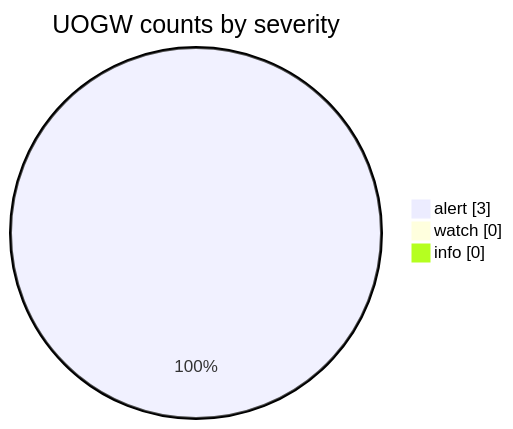
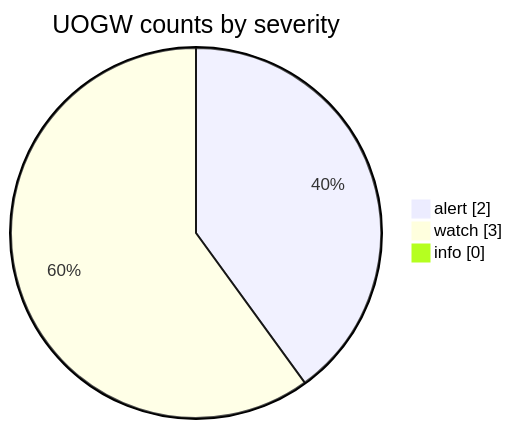
One commit to Midwest-Stratospheric/aerostratospheric-defense-gir changed the fourth of 6 diagrams in docs/GRAPHS.md. Above: the diagram before and after it, drawn with Mermaid. The commit also changed other lines of this file and 24 other files, not shown here.

````diff
--- a/docs/GRAPHS.md
+++ b/docs/GRAPHS.md
@@ -66,7 +66,7 @@
 ```mermaid
 pie showData
   title UOGW counts by severity
-  "alert" : 3
-  "watch" : 0
+  "alert" : 2
+  "watch" : 3
   "info" : 0
 ```
````
